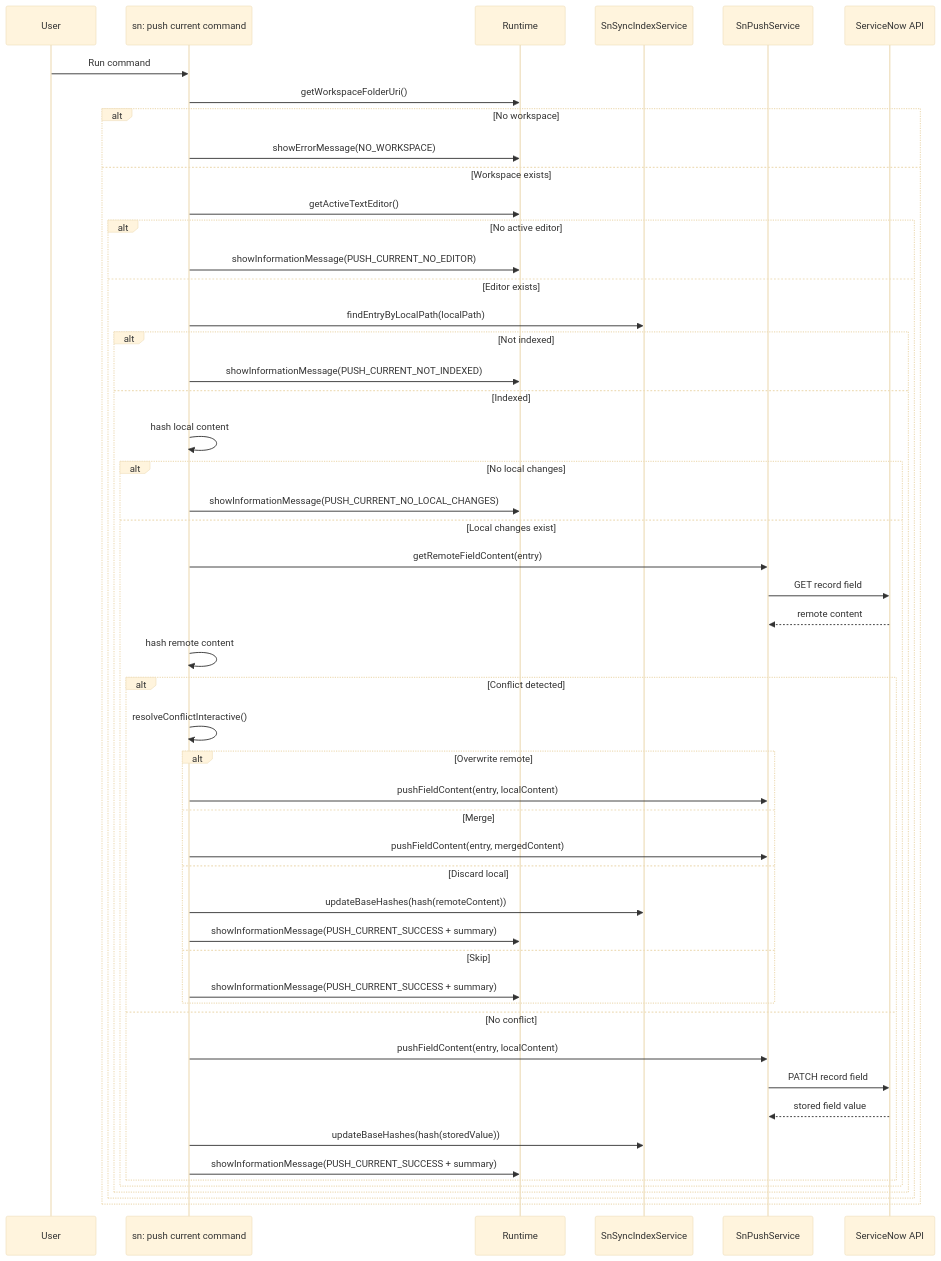
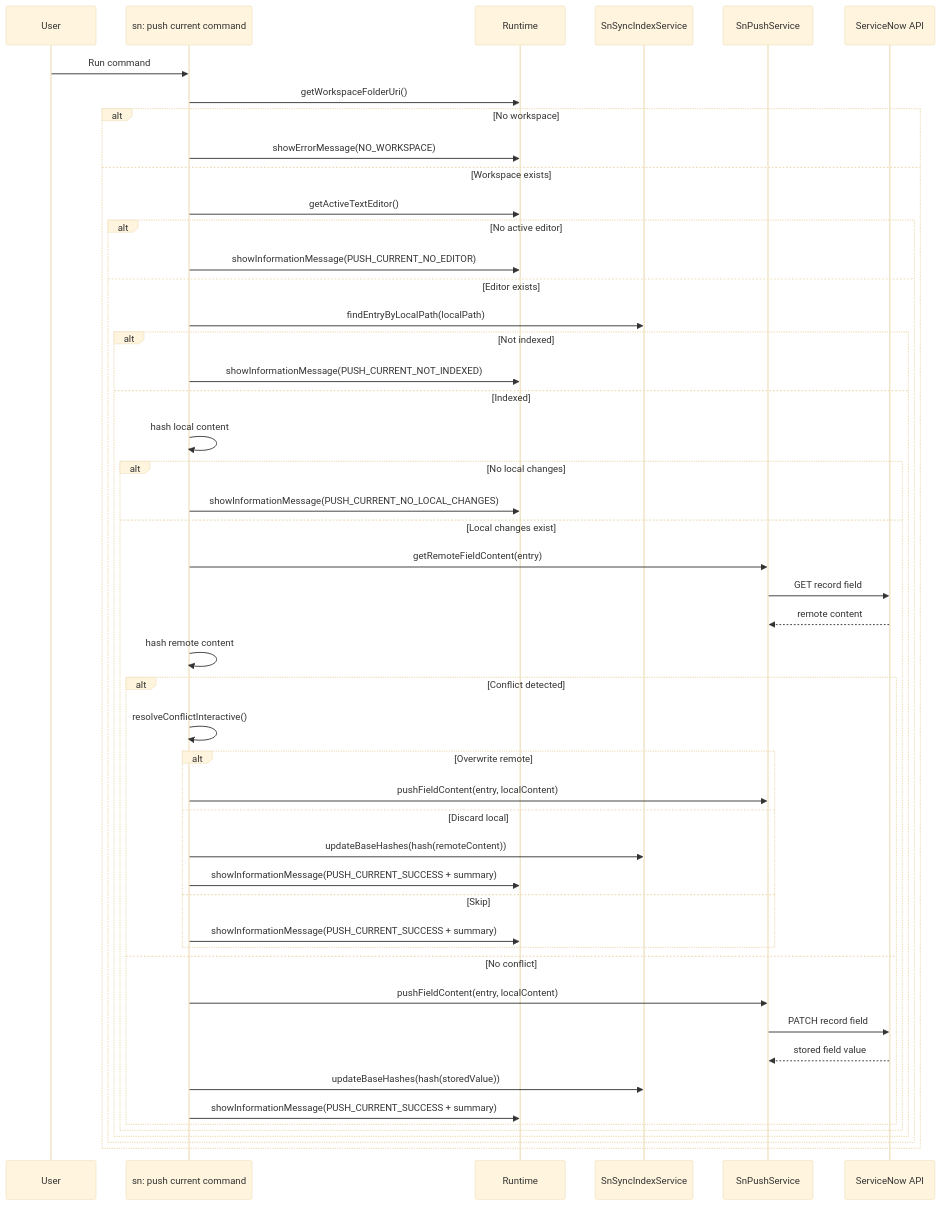
One commit to AlexAlvarez092/sn-sync changed the diagram in developer-docs/sn-push-current.md. Above: the diagram before and after it, drawn with Mermaid (base theme). The commit also changed other lines of this file and 7 other files, not shown here.

````diff
--- a/developer-docs/sn-push-current.md
+++ b/developer-docs/sn-push-current.md
@@ -106,54 +95,52 @@
 ```mermaid
 sequenceDiagram
 	participant U as User
 	participant C as sn: push current command
 	participant R as Runtime
 	participant I as SnSyncIndexService
 	participant P as SnPushService
 	participant N as ServiceNow API
 
 	U->>C: Run command
 	C->>R: getWorkspaceFolderUri()
 	alt No workspace
 		C->>R: showErrorMessage(NO_WORKSPACE)
 	else Workspace exists
 		C->>R: getActiveTextEditor()
 		alt No active editor
 			C->>R: showInformationMessage(PUSH_CURRENT_NO_EDITOR)
 		else Editor exists
 			C->>I: findEntryByLocalPath(localPath)
 			alt Not indexed
 				C->>R: showInformationMessage(PUSH_CURRENT_NOT_INDEXED)
 			else Indexed
 				C->>C: hash local content
 				alt No local changes
 					C->>R: showInformationMessage(PUSH_CURRENT_NO_LOCAL_CHANGES)
 				else Local changes exist
 					C->>P: getRemoteFieldContent(entry)
 					P->>N: GET record field
 					N-->>P: remote content
 					C->>C: hash remote content
 					alt Conflict detected
 						C->>C: resolveConflictInteractive()
 						alt Overwrite remote
 							C->>P: pushFieldContent(entry, localContent)
-						else Merge
-							C->>P: pushFieldContent(entry, mergedContent)
 						else Discard local
 							C->>I: updateBaseHashes(hash(remoteContent))
 							C->>R: showInformationMessage(PUSH_CURRENT_SUCCESS + summary)
 						else Skip
 							C->>R: showInformationMessage(PUSH_CURRENT_SUCCESS + summary)
 						end
 					else No conflict
 						C->>P: pushFieldContent(entry, localContent)
 						P->>N: PATCH record field
 						N-->>P: stored field value
 						C->>I: updateBaseHashes(hash(storedValue))
 						C->>R: showInformationMessage(PUSH_CURRENT_SUCCESS + summary)
 					end
 				end
 			end
 		end
 	end
 ```
````
